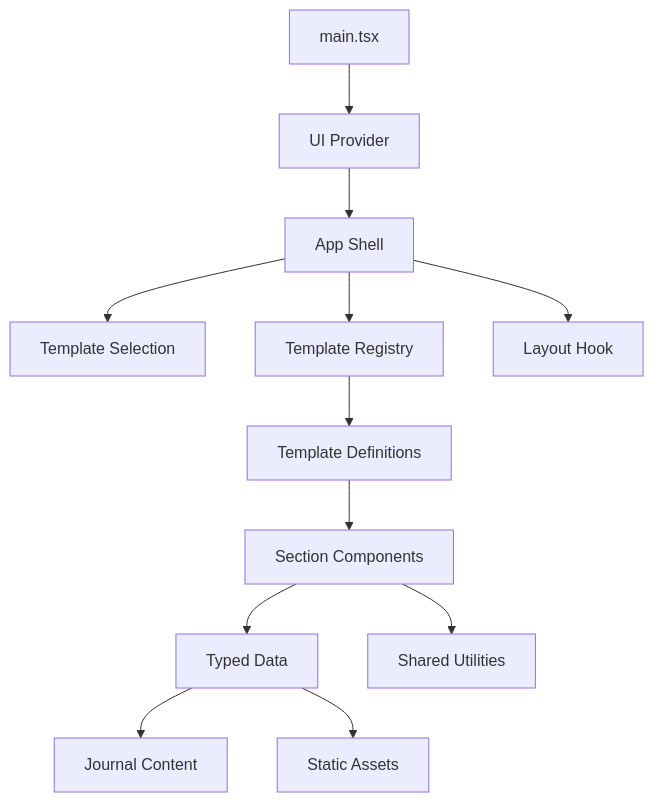
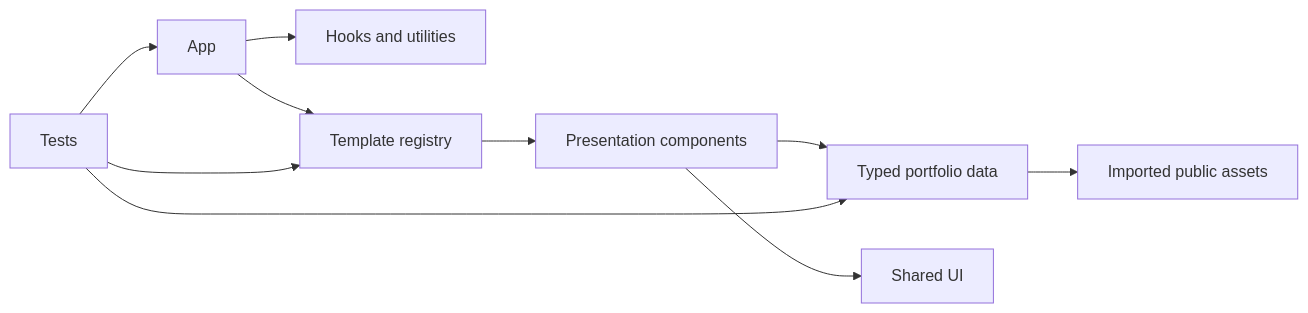
One commit to ngtuangialinh-del/ngtuangialinh.github.io changed the second of 2 diagrams in aidlc-docs/inception/reverse-engineering/dependencies.md. Above: the diagram before and after it, drawn with Mermaid. The commit also changed other lines of this file and 268 other files, not shown here.

````diff
--- a/aidlc-docs/inception/reverse-engineering/dependencies.md
+++ b/aidlc-docs/inception/reverse-engineering/dependencies.md
@@ -5,27 +37,12 @@
 ```mermaid
-flowchart TD
-    Main["main.tsx"]
-    Provider["UI Provider"]
-    App["App Shell"]
-    Selection["Template Selection"]
-    Registry["Template Registry"]
-    Templates["Template Definitions"]
-    Components["Section Components"]
-    Hooks["Layout Hook"]
-    Data["Typed Data"]
-    Utils["Shared Utilities"]
-    Content["Journal Content"]
-    Assets["Static Assets"]
-
-    Main --> Provider
-    Provider --> App
-    App --> Selection
-    App --> Registry
-    App --> Hooks
-    Registry --> Templates
-    Templates --> Components
-    Components --> Data
-    Components --> Utils
-    Data --> Content
-    Data --> Assets
+flowchart LR
+    App["App"] --> Hooks["Hooks and utilities"]
+    App --> Templates["Template registry"]
+    Templates --> Components["Presentation components"]
+    Components --> Data["Typed portfolio data"]
+    Components --> Shared["Shared UI"]
+    Data --> Assets["Imported public assets"]
+    Tests["Tests"] --> App
+    Tests --> Templates
+    Tests --> Data
 ```
````
